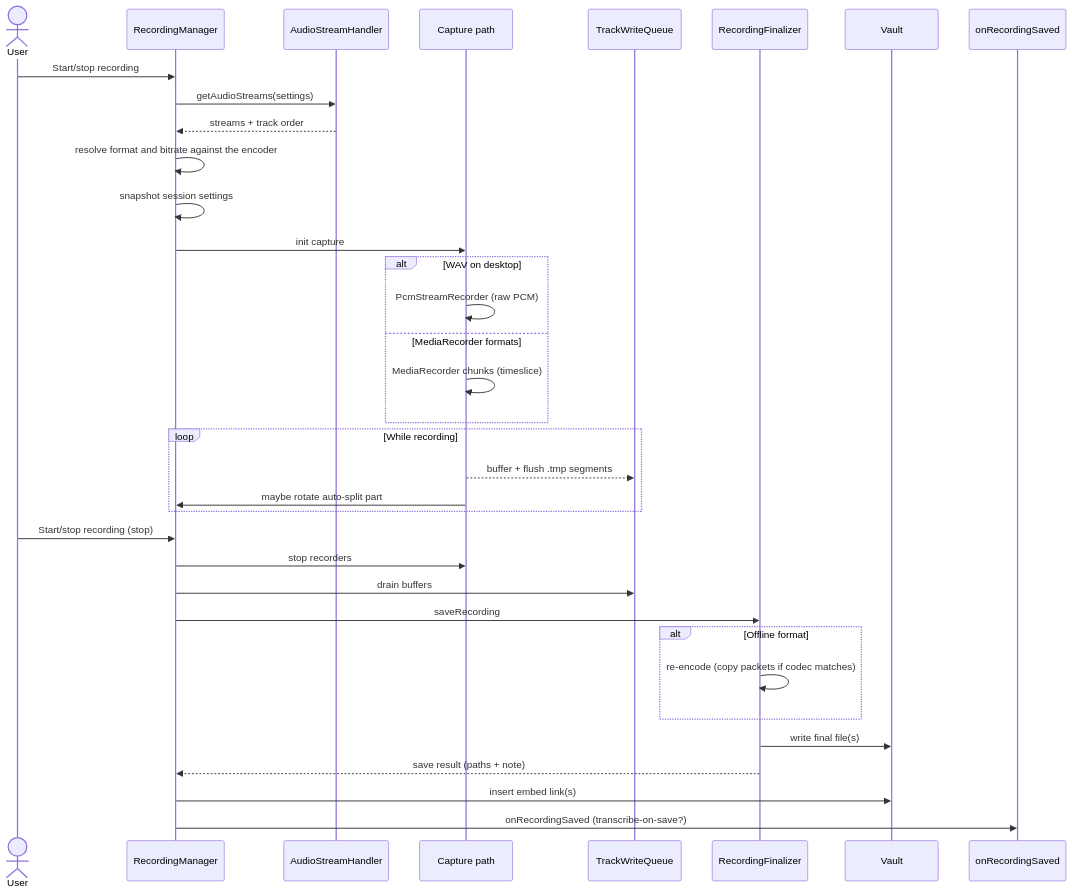
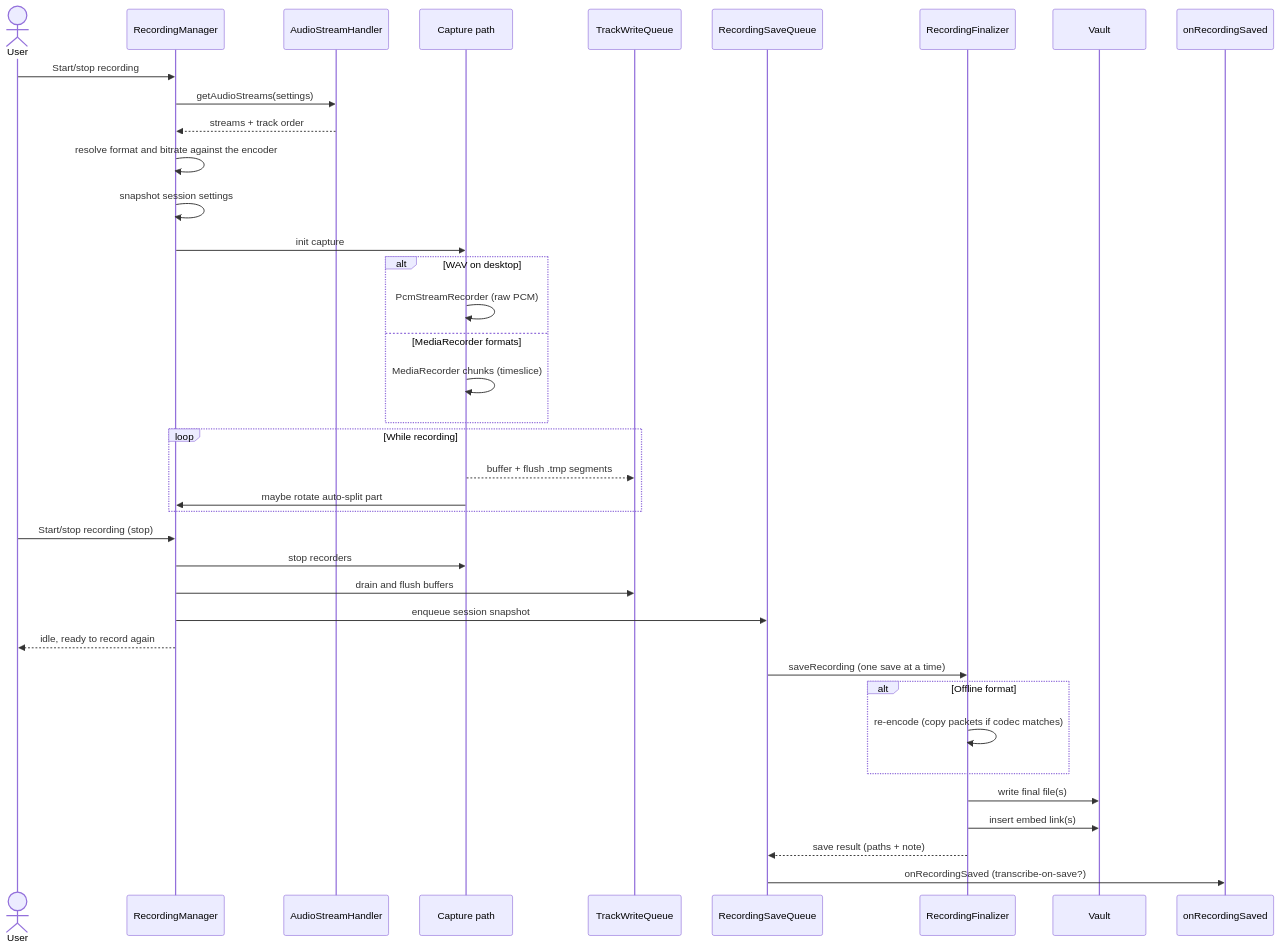
One commit to akhmialeuski/advanced-audio-recorder changed the third of 7 diagrams in docs/architecture.md. Above: the diagram before and after it, drawn with Mermaid. The commit also changed other lines of this file and 24 other files, not shown here.

````diff
--- a/docs/architecture.md
+++ b/docs/architecture.md
@@ -199,41 +199,44 @@
 ```mermaid
 sequenceDiagram
     actor User
     participant RM as RecordingManager
     participant Stream as AudioStreamHandler
     participant Cap as Capture path
     participant WQ as TrackWriteQueue
+    participant SQ as RecordingSaveQueue
     participant Fin as RecordingFinalizer
     participant Vault as Vault
     participant Hook as onRecordingSaved
 
     User->>RM: Start/stop recording
     RM->>Stream: getAudioStreams(settings)
     Stream-->>RM: streams + track order
     RM->>RM: resolve format and bitrate against the encoder
     RM->>RM: snapshot session settings
     RM->>Cap: init capture
 
     alt WAV on desktop
         Cap->>Cap: PcmStreamRecorder (raw PCM)
     else MediaRecorder formats
         Cap->>Cap: MediaRecorder chunks (timeslice)
     end
 
     loop While recording
         Cap-->>WQ: buffer + flush .tmp segments
         Cap->>RM: maybe rotate auto-split part
     end
 
     User->>RM: Start/stop recording (stop)
     RM->>Cap: stop recorders
-    RM->>WQ: drain buffers
-    RM->>Fin: saveRecording
+    RM->>WQ: drain and flush buffers
+    RM->>SQ: enqueue session snapshot
+    RM-->>User: idle, ready to record again
+    SQ->>Fin: saveRecording (one save at a time)
     alt Offline format
         Fin->>Fin: re-encode (copy packets if codec matches)
     end
     Fin->>Vault: write final file(s)
-    Fin-->>RM: save result (paths + note)
-    RM->>Vault: insert embed link(s)
-    RM->>Hook: onRecordingSaved (transcribe-on-save?)
+    Fin->>Vault: insert embed link(s)
+    Fin-->>SQ: save result (paths + note)
+    SQ->>Hook: onRecordingSaved (transcribe-on-save?)
 ```
````
